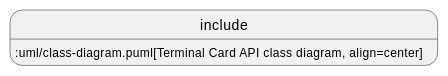
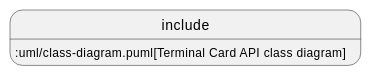
One commit to calypsonet/calypsonet-terminal-card-uml-api changed the second of 2 diagrams in index.adoc. Above: the diagram before and after it, drawn with PlantUML. The commit also changed other lines of this file and 5 other files, not shown here.

```diff
--- a/index.adoc
+++ b/index.adoc
@@ -427,4 +429,4 @@
 [plantuml, target="class-diagram", format="svg"]
 ----
-include::uml/class-diagram.puml[Terminal Card API class diagram, align=center]
+include::uml/class-diagram.puml[Terminal Card API class diagram]
 ----
```
